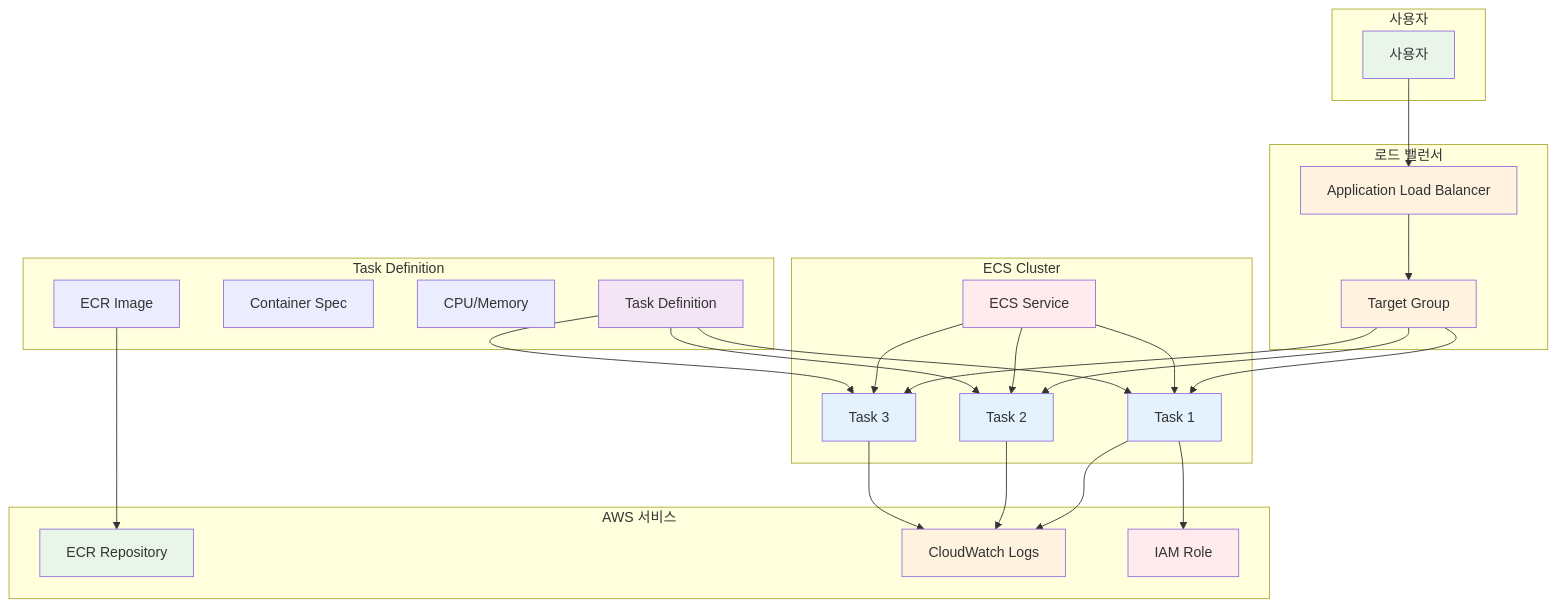
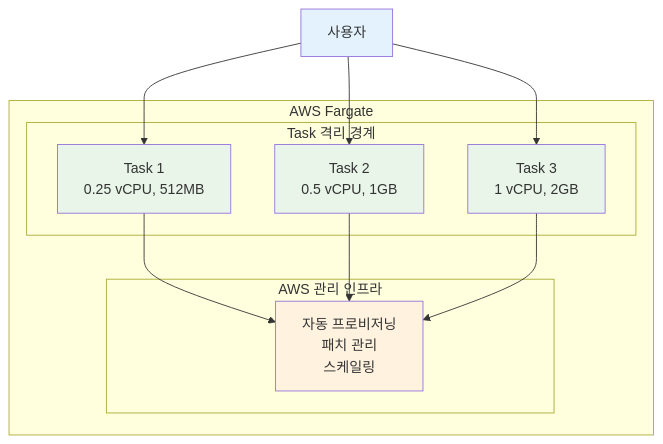
One commit to niceguy61/kdt_devops_lecture_2025 changed the diagram in theory/november/week_03/day2/session_3.md. Above: the diagram before and after it, drawn with Mermaid. The commit also changed other lines of this file and 1 other file, not shown here.

````diff
--- a/theory/november/week_03/day2/session_3.md
+++ b/theory/november/week_03/day2/session_3.md
@@ -53,60 +45,27 @@
 ```mermaid
 graph TB
-    subgraph "사용자"
-        USER[사용자]
+    subgraph "AWS Fargate"
+        subgraph "Task 격리 경계"
+            T1[Task 1<br/>0.25 vCPU, 512MB]
+            T2[Task 2<br/>0.5 vCPU, 1GB]
+            T3[Task 3<br/>1 vCPU, 2GB]
+        end
+        
+        subgraph "AWS 관리 인프라"
+            INF[자동 프로비저닝<br/>패치 관리<br/>스케일링]
+        end
     end
     
-    subgraph "로드 밸런서"
-        ALB[Application Load Balancer]
-        TG[Target Group]
-    end
+    USER[사용자] --> T1
+    USER --> T2
+    USER --> T3
+    T1 --> INF
+    T2 --> INF
+    T3 --> INF
     
-    subgraph "ECS Cluster"
-        SERVICE[ECS Service]
-        TASK1[Task 1]
-        TASK2[Task 2]
-        TASK3[Task 3]
-    end
-    
-    subgraph "Task Definition"
-        TD[Task Definition]
-        CONTAINER[Container Spec]
-        CPU[CPU/Memory]
-        IMAGE[ECR Image]
-    end
-    
-    subgraph "AWS 서비스"
-        ECR[ECR Repository]
-        CW[CloudWatch Logs]
-        IAM[IAM Role]
-    end
-    
-    USER --> ALB
-    ALB --> TG
-    TG --> TASK1
-    TG --> TASK2
-    TG --> TASK3
-    SERVICE --> TASK1
-    SERVICE --> TASK2
-    SERVICE --> TASK3
-    TD --> TASK1
-    TD --> TASK2
-    TD --> TASK3
-    IMAGE --> ECR
-    TASK1 --> CW
-    TASK2 --> CW
-    TASK3 --> CW
-    TASK1 --> IAM
-    
-    style USER fill:#e8f5e8
-    style ALB fill:#fff3e0
-    style TG fill:#fff3e0
-    style SERVICE fill:#ffebee
-    style TASK1 fill:#e3f2fd
-    style TASK2 fill:#e3f2fd
-    style TASK3 fill:#e3f2fd
-    style TD fill:#f3e5f5
-    style ECR fill:#e8f5e8
-    style CW fill:#fff3e0
-    style IAM fill:#ffebee
+    style USER fill:#e3f2fd
+    style T1 fill:#e8f5e8
+    style T2 fill:#e8f5e8
+    style T3 fill:#e8f5e8
+    style INF fill:#fff3e0
 ```
````
